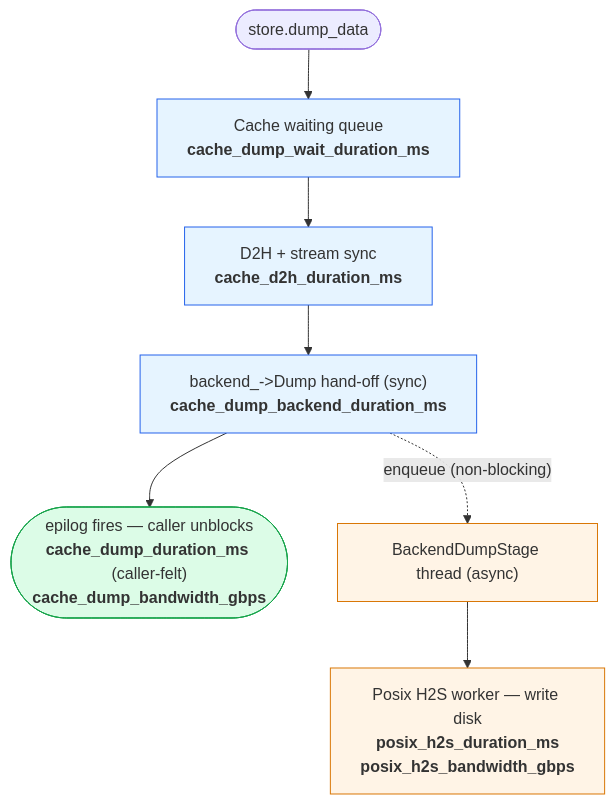
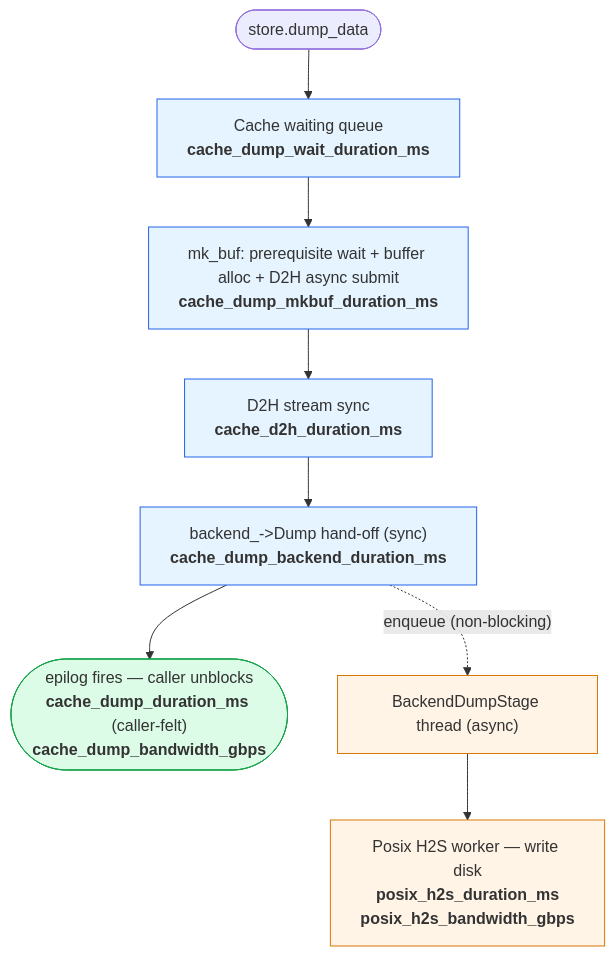
Before and after one commit to ModelEngine-Group/unified-cache-management: the fourth of 4 diagrams in docs/source/user-guide/metrics/performance_analysis.md, drawn with Mermaid. The commit also changed other lines of this file and 4 other files, not shown here.

Commit message:
Split cache dump mkbuf and d2h metrics

````diff
--- a/docs/source/user-guide/metrics/performance_analysis.md
+++ b/docs/source/user-guide/metrics/performance_analysis.md
@@ -81,18 +81,19 @@
 ```mermaid
 flowchart TD
     A(["store.dump_data"])
     B["Cache waiting queue<br/><b>cache_dump_wait_duration_ms</b>"]
-    C["D2H + stream sync<br/><b>cache_d2h_duration_ms</b>"]
-    D["backend_->Dump hand-off (sync)<br/><b>cache_dump_backend_duration_ms</b>"]
-    E(["epilog fires — caller unblocks<br/><b>cache_dump_duration_ms</b> (caller-felt)<br/><b>cache_dump_bandwidth_gbps</b>"])
+    C["mk_buf: prerequisite wait + buffer alloc + D2H async submit<br/><b>cache_dump_mkbuf_duration_ms</b>"]
+    D["D2H stream sync<br/><b>cache_d2h_duration_ms</b>"]
+    E["backend_->Dump hand-off (sync)<br/><b>cache_dump_backend_duration_ms</b>"]
+    H(["epilog fires — caller unblocks<br/><b>cache_dump_duration_ms</b> (caller-felt)<br/><b>cache_dump_bandwidth_gbps</b>"])
     F["BackendDumpStage thread (async)"]
     G["Posix H2S worker — write disk<br/><b>posix_h2s_duration_ms</b><br/><b>posix_h2s_bandwidth_gbps</b>"]
-    A --> B --> C --> D --> E
-    D -. "enqueue (non-blocking)" .-> F --> G
+    A --> B --> C --> D --> E --> H
+    E -. "enqueue (non-blocking)" .-> F --> G
     classDef cache fill:#e6f4ff,stroke:#2563eb
     classDef posix fill:#fff4e6,stroke:#d97706
     classDef done fill:#dcfce7,stroke:#16a34a
-    class B,C,D cache
+    class B,C,D,E cache
     class F,G posix
-    class E done
+    class H done
 ```
````
